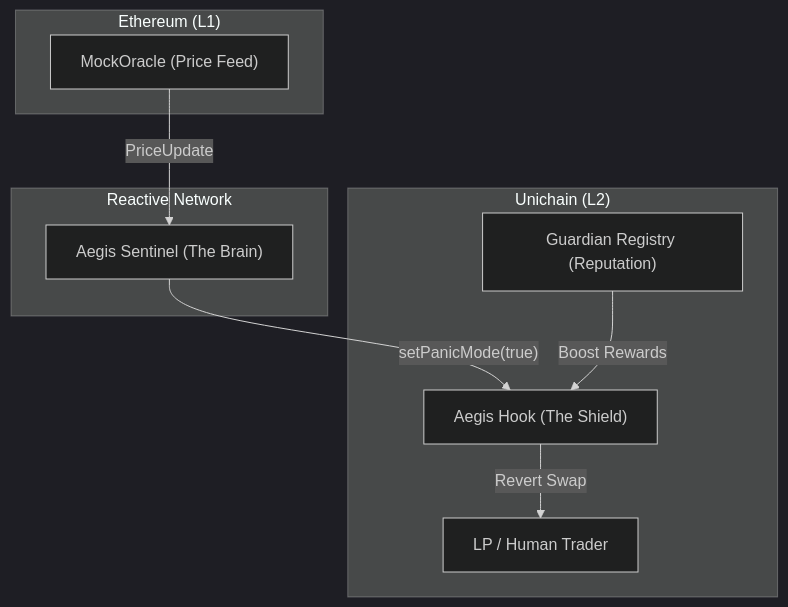
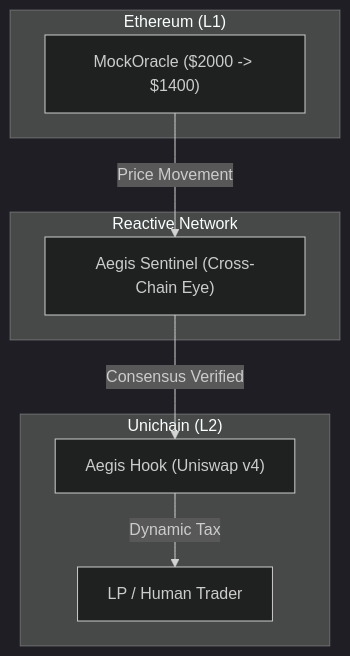
The diagram in README.md (HACK3R-CRYPTO2/Aegis), drawn with Mermaid (dark theme) before and after one commit. The commit also changed other lines of this file and 13 other files, not shown here.

Commit message:
feat: Aegis Prime - Autonomous 2-Step Defense & 99% Dynamic Tax overhaul

````diff
--- a/README.md
+++ b/README.md
@@ -45,21 +47,19 @@
 ```mermaid
 graph TD
     subgraph "Ethereum (L1)"
-        O["MockOracle (Price Feed)"]
+        O["MockOracle ($2000 -> $1400)"]
     end
 
     subgraph "Reactive Network"
-        S["Aegis Sentinel (The Brain)"]
+        S["Aegis Sentinel (Cross-Chain Eye)"]
     end
 
     subgraph "Unichain (L2)"
-        H["Aegis Hook (The Shield)"]
-        R["Guardian Registry (Reputation)"]
+        H["Aegis Hook (Uniswap v4)"]
         U["LP / Human Trader"]
     end
 
-    O -- "PriceUpdate" --> S
-    S -- "setPanicMode(true)" --> H
-    H -- "Revert Swap" --> U
-    R -- "Boost Rewards" --> H
+    O -- "Price Movement" --> S
+    S -- "Consensus Verified" --> H
+    H -- "Dynamic Tax" --> U
 ```
````
